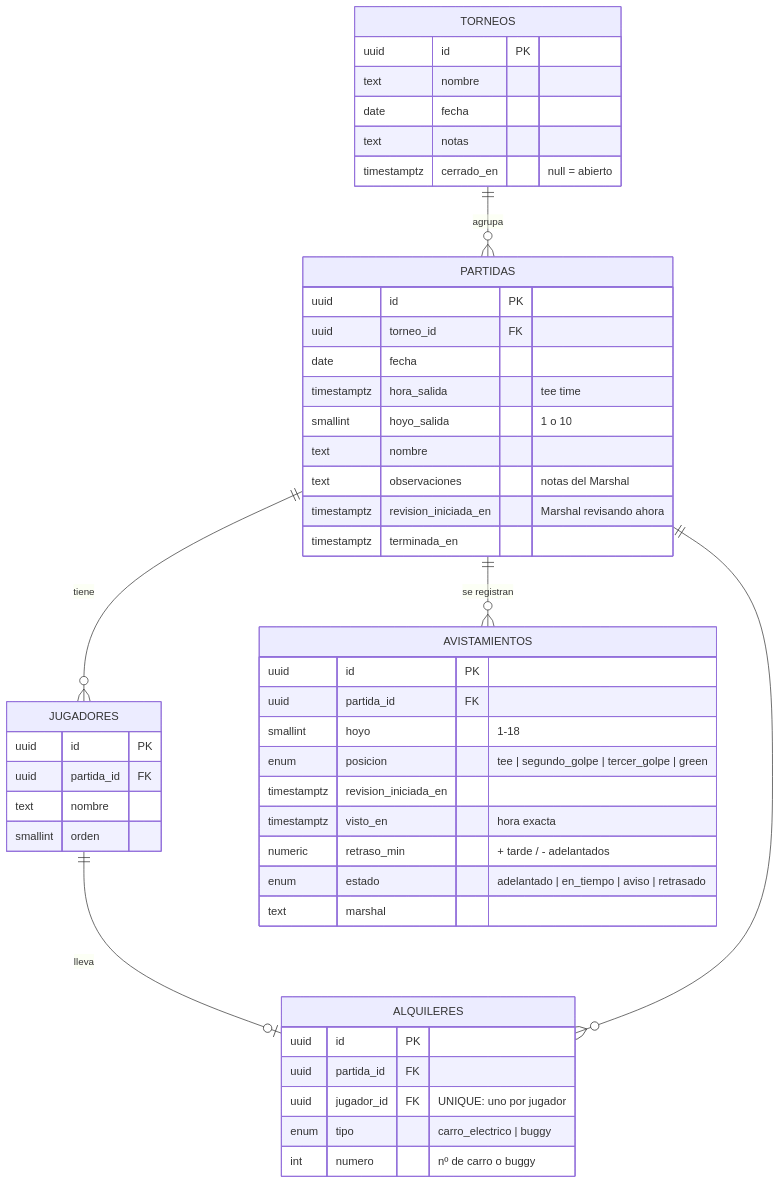
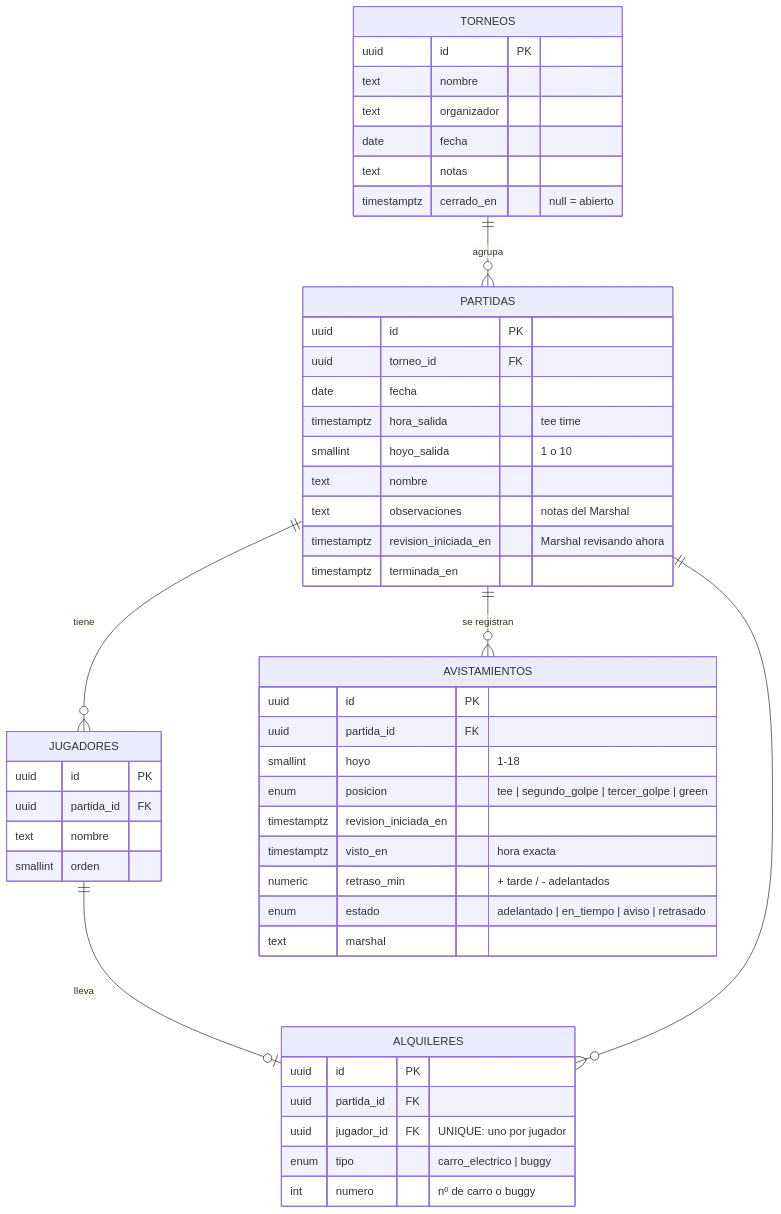
One commit to Beeltraan25/Check_jugadores changed the second of 3 diagrams in docs/ARQUITECTURA.md. Above: the diagram before and after it, drawn with Mermaid. The commit also changed other lines of this file and 24 other files, not shown here.

````diff
--- a/docs/ARQUITECTURA.md
+++ b/docs/ARQUITECTURA.md
@@ -57,51 +57,52 @@
 ```mermaid
 erDiagram
   TORNEOS ||--o{ PARTIDAS : agrupa
   PARTIDAS ||--o{ JUGADORES : tiene
   PARTIDAS ||--o{ AVISTAMIENTOS : "se registran"
   JUGADORES ||--o| ALQUILERES : lleva
   PARTIDAS ||--o{ ALQUILERES : ""
 
   TORNEOS {
     uuid id PK
     text nombre
+    text organizador
     date fecha
     text notas
     timestamptz cerrado_en "null = abierto"
   }
   PARTIDAS {
     uuid id PK
     uuid torneo_id FK
     date fecha
     timestamptz hora_salida "tee time"
     smallint hoyo_salida "1 o 10"
     text nombre
     text observaciones "notas del Marshal"
     timestamptz revision_iniciada_en "Marshal revisando ahora"
     timestamptz terminada_en
   }
   JUGADORES {
     uuid id PK
     uuid partida_id FK
     text nombre
     smallint orden
   }
   ALQUILERES {
     uuid id PK
     uuid partida_id FK
     uuid jugador_id FK "UNIQUE: uno por jugador"
     enum tipo "carro_electrico | buggy"
     int numero "nº de carro o buggy"
   }
   AVISTAMIENTOS {
     uuid id PK
     uuid partida_id FK
     smallint hoyo "1-18"
     enum posicion "tee | segundo_golpe | tercer_golpe | green"
     timestamptz revision_iniciada_en
     timestamptz visto_en "hora exacta"
     numeric retraso_min "+ tarde / - adelantados"
     enum estado "adelantado | en_tiempo | aviso | retrasado"
     text marshal
   }
 ```
````
